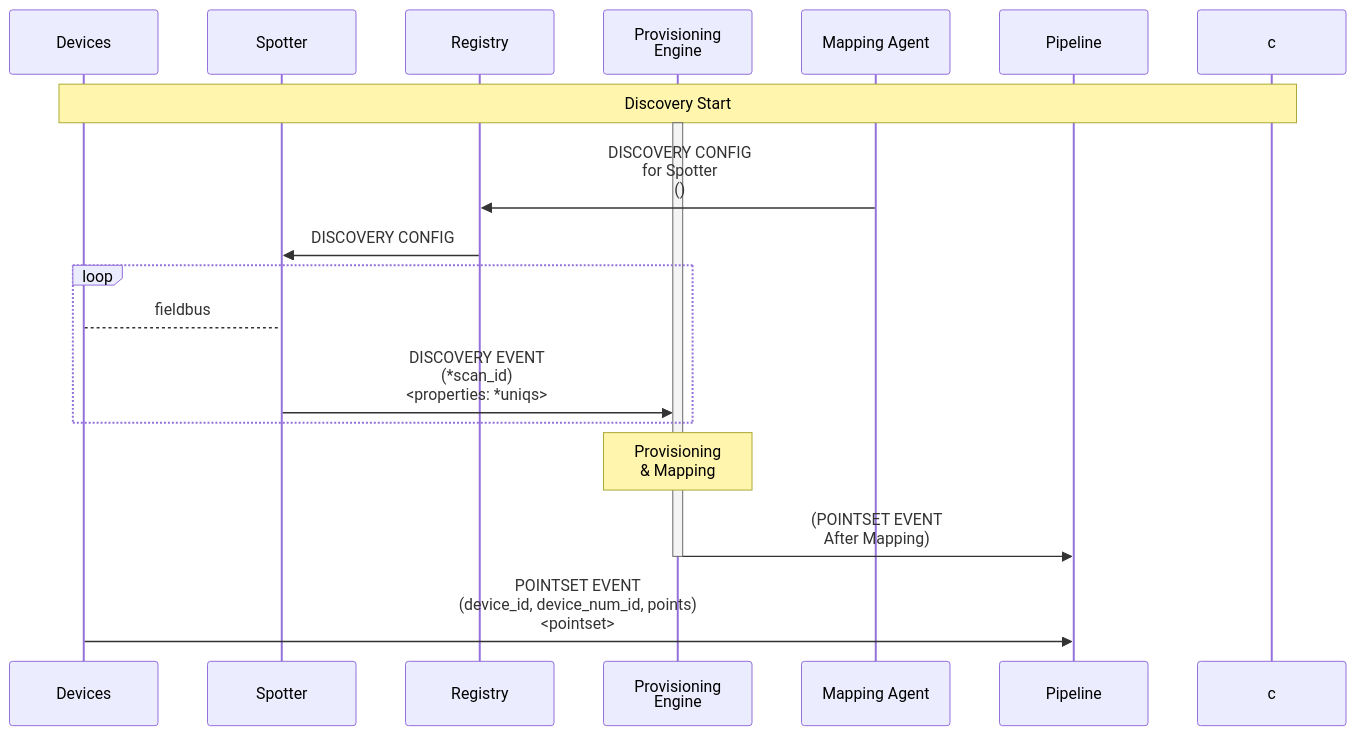
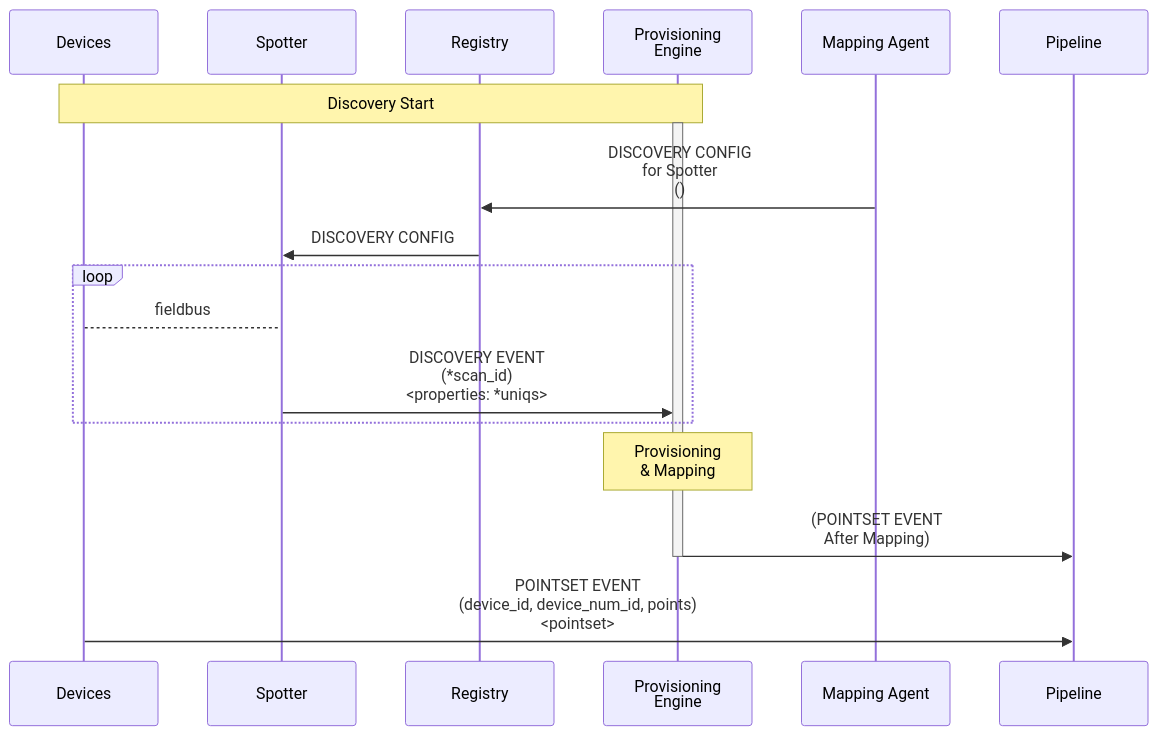
The diagram in docs/specs/discovery.md (faucetsdn/udmi), drawn with Mermaid before and after one commit.

Commit message:
update discovery and mapping documentation

````diff
--- a/docs/specs/discovery.md
+++ b/docs/specs/discovery.md
@@ -34,22 +34,22 @@
 ```mermaid
 sequenceDiagram
   %%{wrap}%%
   participant Devices
   participant Spotter
   participant Registry
   participant Provisioning Engine
   participant Mapping Agent
   participant Pipeline
-  Note over Devices, c: Discovery Start
+  Note over Devices, Provisioning Engine: Discovery Start
   activate Provisioning Engine
   Mapping Agent->>Registry: DISCOVERY CONFIG<br/>for Spotter<br/>()
   Registry->>Spotter: DISCOVERY CONFIG
   loop
     Devices-->Spotter: fieldbus
     Spotter->>Provisioning Engine: DISCOVERY EVENT<br/>(*scan_id)<br/><properties: *uniqs>
   end
   Note over Provisioning Engine: Provisioning<br/>& Mapping
   Provisioning Engine ->> Pipeline: (POINTSET EVENT<br/>After Mapping)
   deactivate Provisioning Engine
   Devices->>Pipeline: POINTSET EVENT<br/>(device_id, device_num_id, points)<br/><pointset>
 ```
````
